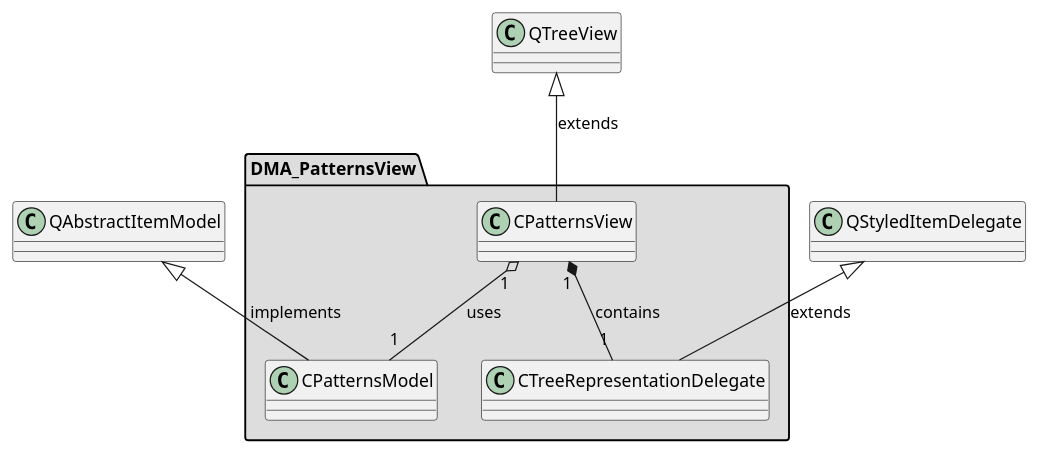
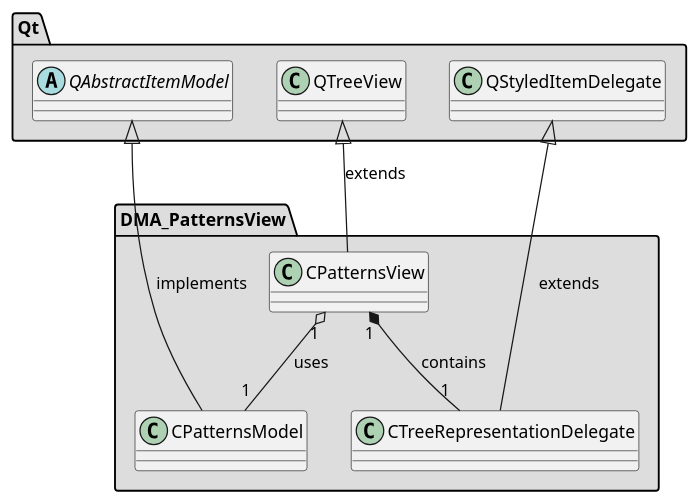
The diagram in md/dev_docs/puml/DMA_PatternsView_standalone.puml (svlad-90/DLT-Message-Analyzer), drawn with PlantUML before and after one commit. The commit also changed 41 other files, not shown here.

First line of the commit message:
[ISSUE #107][REPOSITORY] Extend README to contain a diagram, which will represent dependencies to the third-party repositories

```diff
--- a/md/dev_docs/puml/DMA_PatternsView_standalone.puml
+++ b/md/dev_docs/puml/DMA_PatternsView_standalone.puml
@@ -2,30 +2,47 @@
 @startuml
 
 skinparam wrapWidth 600
 package "DMA_PatternsView" #DDDDDD
 {
 
 class "CPatternsModel"
 {
 }
 
 class "CPatternsView"
 {
 }
 
 class "CTreeRepresentationDelegate"
 {
 }
 
 }
 
+package "Qt" #DDDDDD
+{
+
+abstract class "QAbstractItemModel"
+{
+}
+
+class "QStyledItemDelegate"
+{
+}
+
+class "QTreeView"
+{
+}
+
+}
+
 '====================Inheritance section====================
 QAbstractItemModel <|-- CPatternsModel : implements
 QTreeView <|-- CPatternsView : extends
 QStyledItemDelegate <|-- CTreeRepresentationDelegate : extends
 
 '====================Dependencies section====================
 CPatternsView "1" o-- "1" CPatternsModel : uses
 CPatternsView "1" *-- "1" CTreeRepresentationDelegate : contains
 
 @enduml
```
